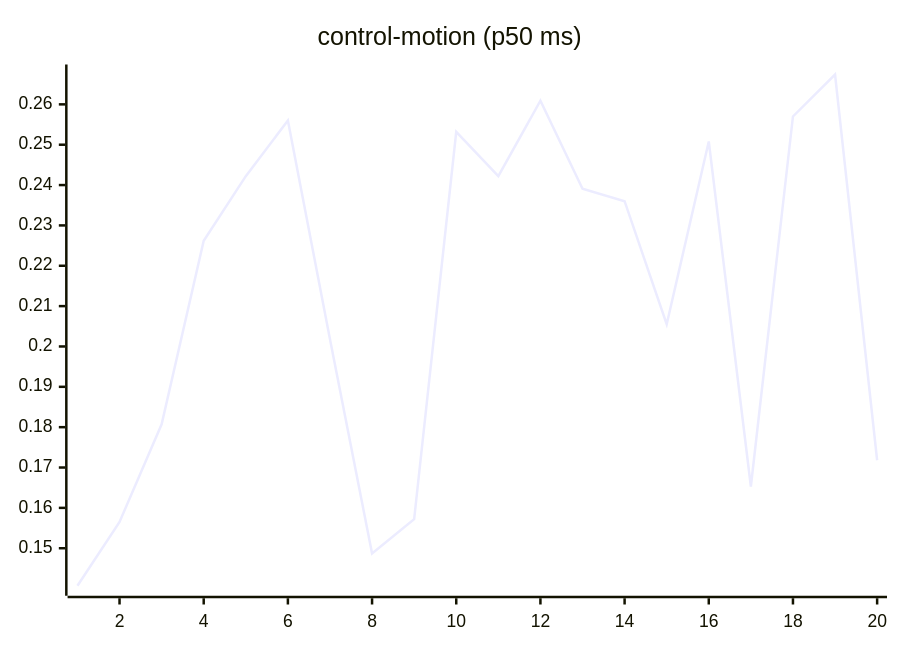
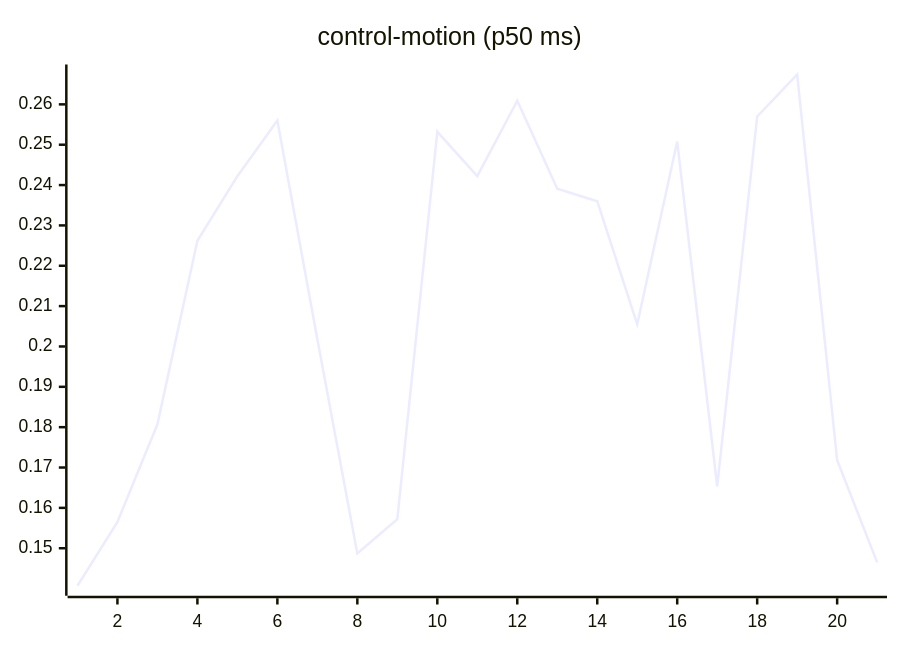
One commit to josha/Facet changed the seventh of 27 diagrams in README.md. Above: the diagram before and after it, drawn with Mermaid. The commit also changed other lines of this file and 2 other files, not shown here.

````diff
--- a/README.md
+++ b/README.md
@@ -105,6 +105,6 @@
 ```mermaid
 xychart-beta
     title "control-motion (p50 ms)"
-    x-axis 1 --> 20
-    line [0.1407, 0.1565, 0.1807, 0.2262, 0.2422, 0.2560, 0.2018, 0.1487, 0.1572, 0.2532, 0.2422, 0.2609, 0.2391, 0.2360, 0.2055, 0.2508, 0.1653, 0.2570, 0.2674, 0.1718]
+    x-axis 1 --> 21
+    line [0.1407, 0.1565, 0.1807, 0.2262, 0.2422, 0.2560, 0.2018, 0.1487, 0.1572, 0.2532, 0.2422, 0.2609, 0.2391, 0.2360, 0.2055, 0.2508, 0.1653, 0.2570, 0.2674, 0.1718, 0.1465]
 ```
````
